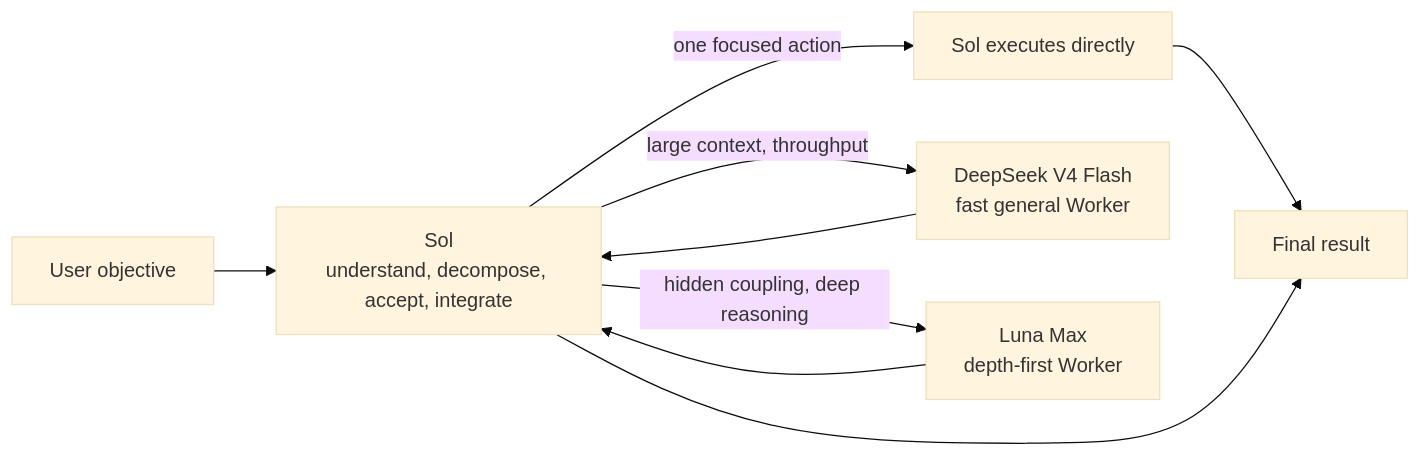
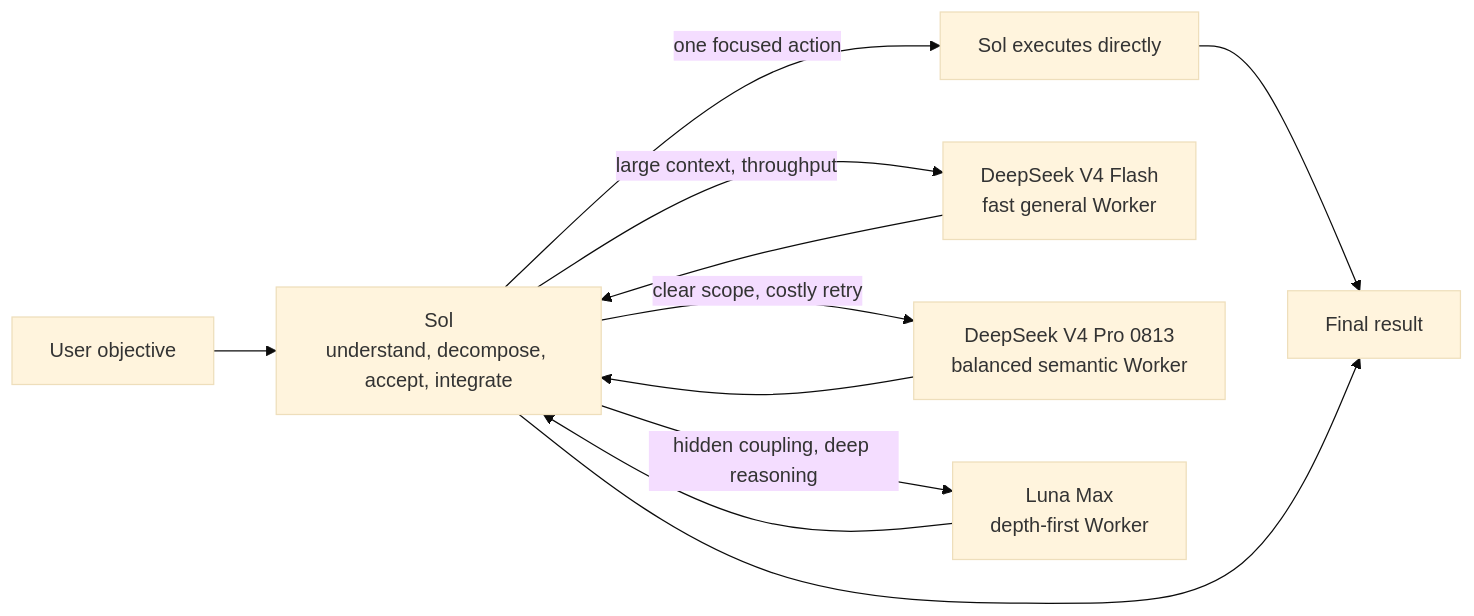
The diagram in README.en.md (liuyejinghong/sol-worker-routing-codex), drawn with Mermaid (base theme) before and after one commit. The commit also changed other lines of this file and 15 other files, not shown here.

First line of the commit message:
v0.8.0 Add balanced DeepSeek Pro worker lane

````diff
--- a/README.en.md
+++ b/README.en.md
@@ -49,11 +58,13 @@
 ```mermaid
 flowchart LR
     U["User objective"] --> S["Sol<br/>understand, decompose, accept, integrate"]
     S -->|"one focused action"| D["Sol executes directly"]
     S -->|"large context, throughput"| DS["DeepSeek V4 Flash<br/>fast general Worker"]
+    S -->|"clear scope, costly retry"| DP["DeepSeek V4 Pro 0813<br/>balanced semantic Worker"]
     S -->|"hidden coupling, deep reasoning"| L["Luna Max<br/>depth-first Worker"]
     D --> O["Final result"]
     DS --> S
+    DP --> S
     L --> S
     S --> O
 ```
````
